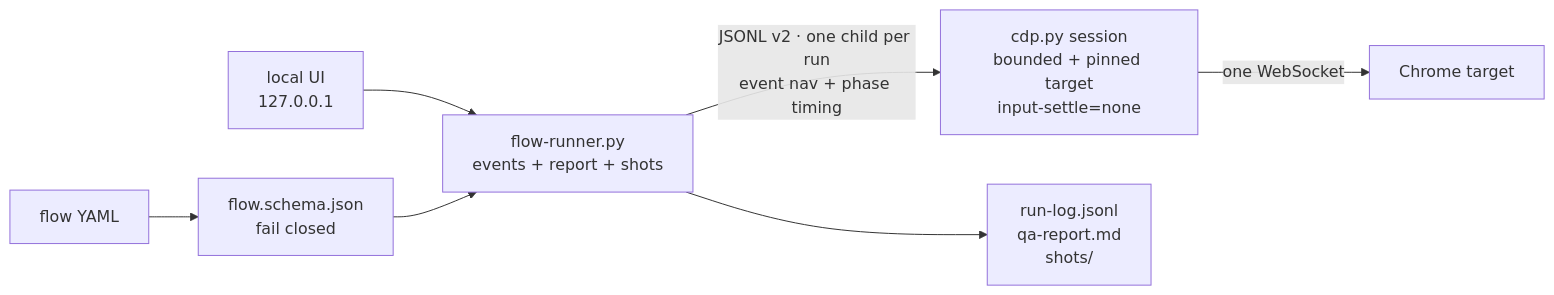
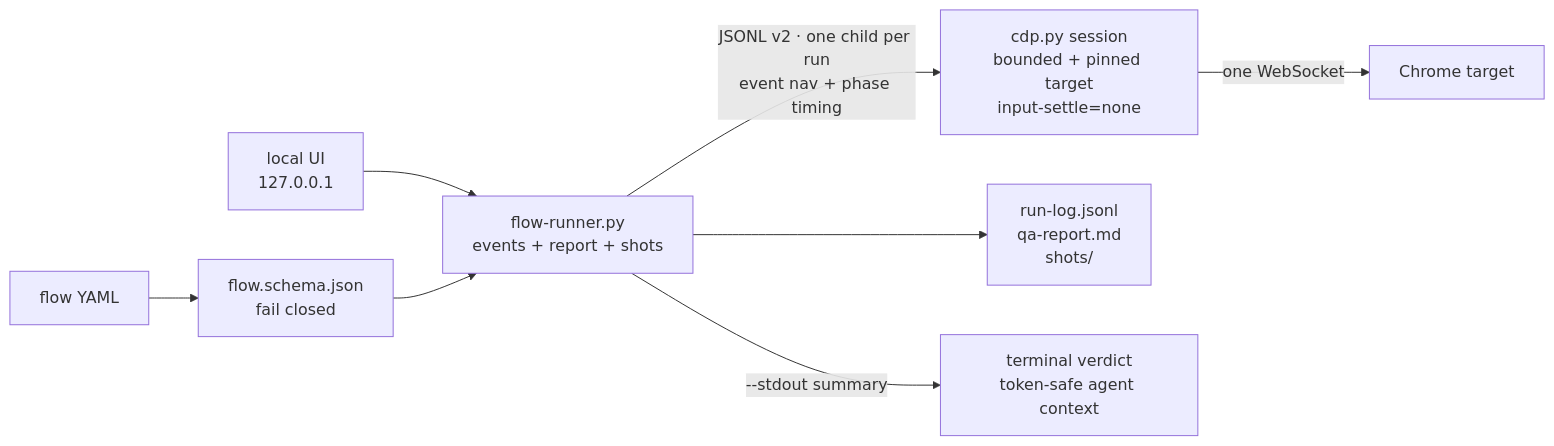
One commit to Teibto/teibto-browser-qa changed the second of 6 diagrams in docs/ARCHITECTURE.md. Above: the diagram before and after it, drawn with Mermaid. The commit also changed other lines of this file and 12 other files, not shown here.

Commit message:
feat(runner): add token-safe performance budgets (#69) (#70)

````diff
--- a/docs/ARCHITECTURE.md
+++ b/docs/ARCHITECTURE.md
@@ -51,9 +51,10 @@
 ```mermaid
 flowchart LR
     yaml["flow YAML"] --> schema["flow.schema.json<br/>fail closed"]
     ui["local UI<br/>127.0.0.1"] --> runner
     schema --> runner["flow-runner.py<br/>events + report + shots"]
     runner -->|"JSONL v2 · one child per run<br/>event nav + phase timing"| session["cdp.py session<br/>bounded + pinned target<br/>input-settle=none"]
     session -->|"one WebSocket"| chrome["Chrome target"]
     runner --> artifacts["run-log.jsonl<br/>qa-report.md<br/>shots/"]
+    runner -->|"--stdout summary"| terminal["terminal verdict<br/>token-safe agent context"]
 ```
````
